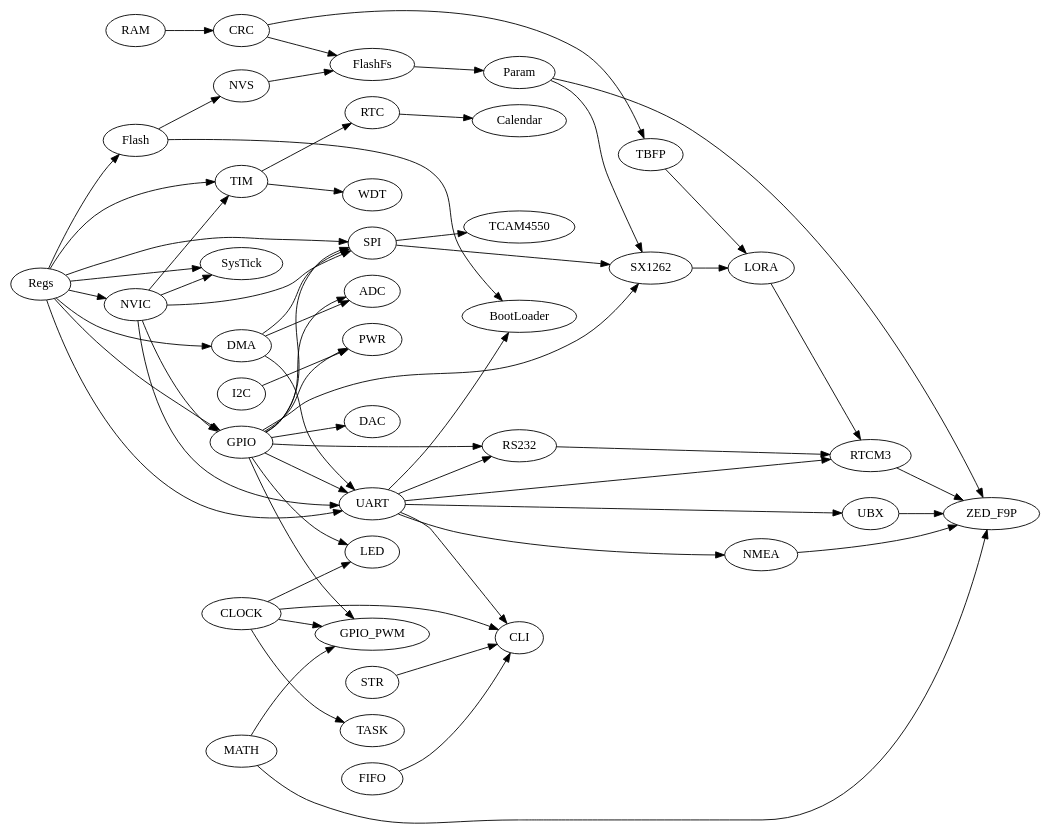
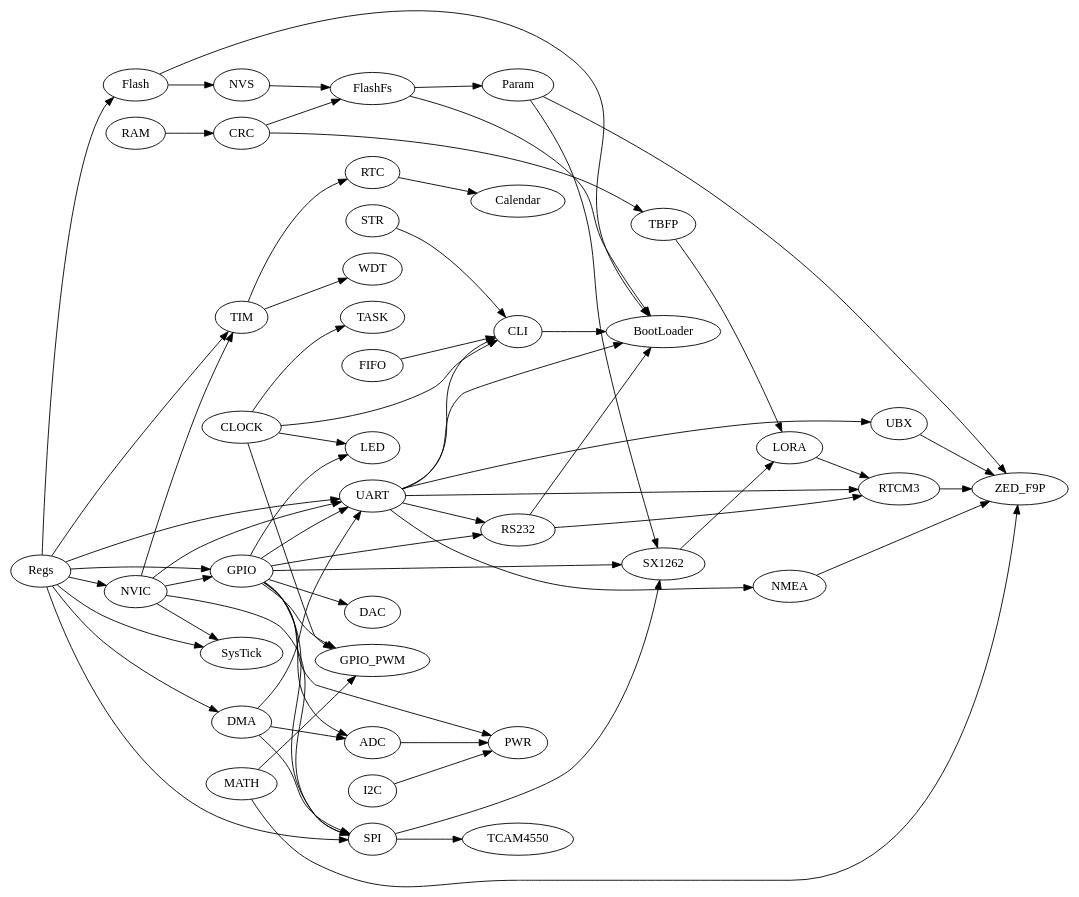
One commit to aabzel/ti_mcu_code_base changed the diagram in docs/dependencies.dot. Above: the diagram before and after it, drawn with Graphviz.

Commit message:
+ upd doc

```diff
--- a/docs/dependencies.dot
+++ b/docs/dependencies.dot
@@ -1,64 +1,68 @@
 digraph graphname {
     rankdir=LR;
     CLOCK->CLI;
     CLOCK->GPIO_PWM
     CLOCK->LED;
     CLOCK->TASK;
     CRC->FlashFs;
     CRC -> TBFP;
     DMA->SPI;
     DMA->UART;
     DMA->ADC;
     FIFO->CLI;
     Flash->NVS;
     FlashFs->Param;
     GPIO->SPI;
     GPIO->UART;
     GPIO->ADC;
     GPIO->DAC;
     GPIO->GPIO_PWM;
     GPIO->LED;
     GPIO->PWR;
+	ADC->PWR;
     GPIO->RS232;
     GPIO->SX1262;
     I2C->PWR;
     LORA->RTCM3;
     MATH->GPIO_PWM;
     MATH->ZED_F9P;
     NMEA->ZED_F9P;
     NVIC->SPI;
     NVIC->UART;
     NVIC->SysTick;
     NVIC->TIM;
     NVIC->GPIO;
     NVS->FlashFs;
     Param->SX1262;
     Param->ZED_F9P;
     RAM->CRC;
     RS232->RTCM3;
     RTC->Calendar;
     RTCM3->ZED_F9P;
     Regs->SPI;
     Regs->UART;
     Regs->DMA;
     Regs->Flash;
     Regs->GPIO;
     Regs->NVIC;
     Regs->SysTick;
     Regs->TIM;
     SPI->SX1262;
     SPI->TCAM4550;
     STR->CLI;
     SX1262->LORA;
     TBFP->LORA;
     TIM->RTC;
     TIM->WDT;
     Flash->BootLoader;
     UART->BootLoader;
+    FlashFs->BootLoader;
+    CLI->BootLoader;
+    RS232->BootLoader;
     UART->CLI;
     UART->NMEA;
     UART->RS232;
     UART->RTCM3;
     UART->UBX;
     UBX->ZED_F9P;
 }
```
